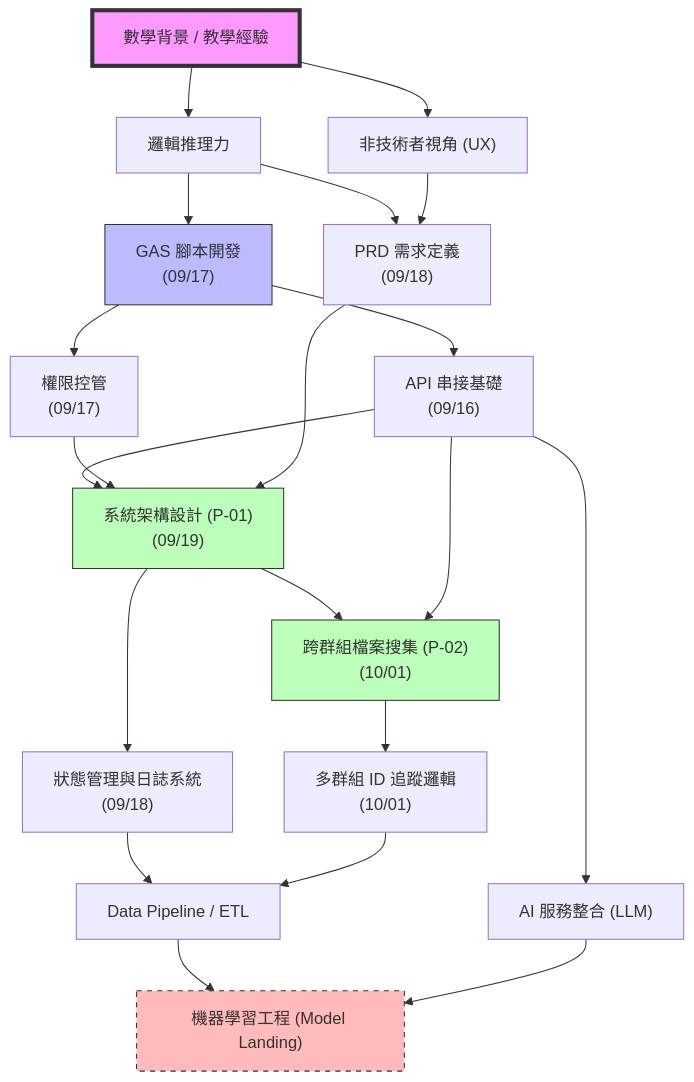
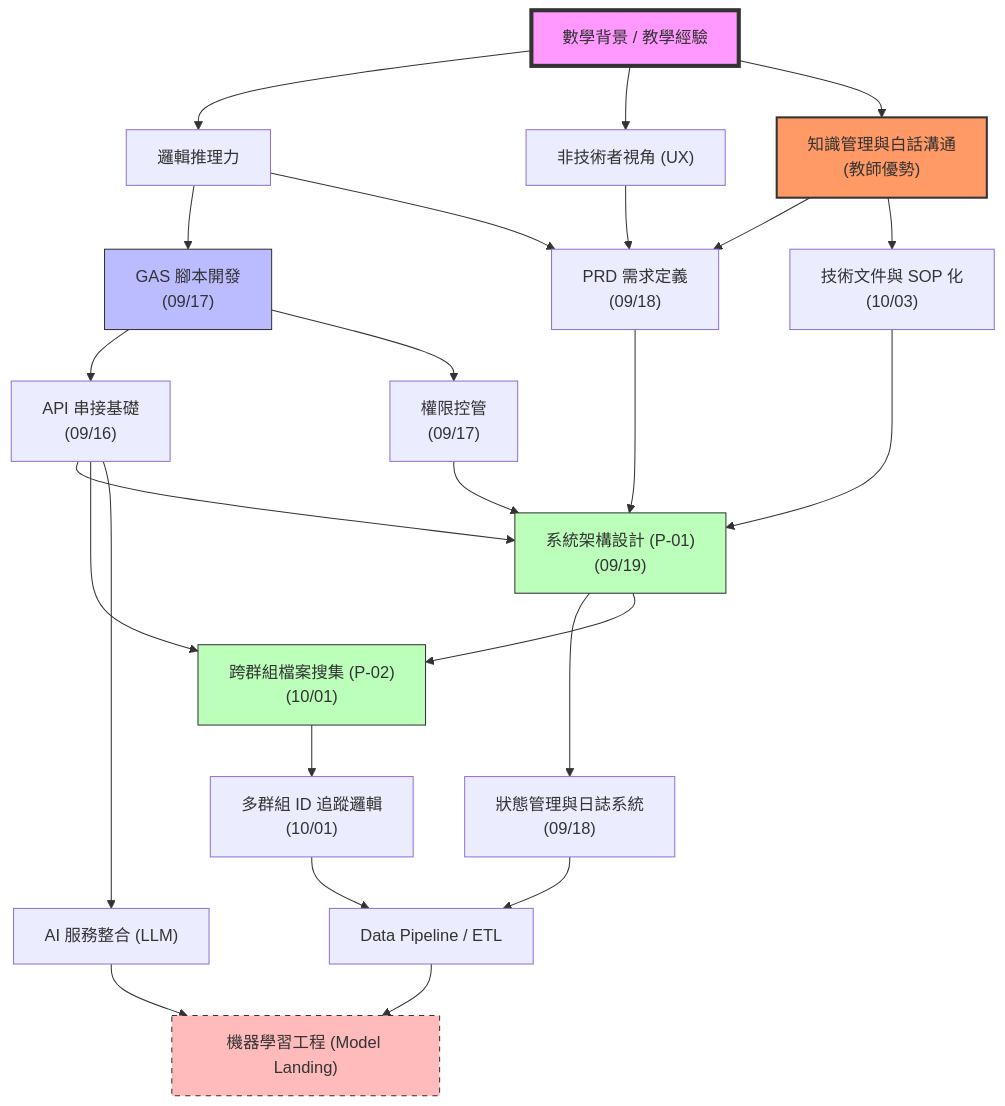
One commit to gurry0927/engineering-thinking-log changed the diagram in career-milestones/PERSONAL-GROWTH-MAP.md. Above: the diagram before and after it, drawn with Mermaid. The commit also changed other lines of this file, not shown here.

Commit message:
feat: integrate 'Knowledge Integration' branch into Personal Growth Map based on teacher-engineer synergy

````diff
--- a/career-milestones/PERSONAL-GROWTH-MAP.md
+++ b/career-milestones/PERSONAL-GROWTH-MAP.md
@@ -7,36 +7,41 @@
 ```mermaid
 graph TD
     %% 核心出發點
     Start["數學背景 / 教學經驗"] --> Logic["邏輯推理力"]
     Start --> UX["非技術者視角 (UX)"]
+    Start --> KM["知識管理與白話溝通<br/>(教師優勢)"]
 
     %% 第一階段：自動化基石 (2025-09)
     Logic --> GAS["GAS 腳本開發<br/>(09/17)"]
     Logic --> PRD["PRD 需求定義<br/>(09/18)"]
     UX --> PRD
+    KM --> PRD
     GAS --> API["API 串接基礎<br/>(09/16)"]
     GAS --> Auth["權限控管<br/>(09/17)"]
+    KM --> Docs["技術文件與 SOP 化<br/>(10/03)"]
     
     %% 第二階段：系統架構
     API --> Arch["系統架構設計 (P-01)<br/>(09/19)"]
     Auth --> Arch
     PRD --> Arch
     Arch --> State["狀態管理與日誌系統<br/>(09/18)"]
     Arch --> P02["跨群組檔案搜集 (P-02)<br/>(10/01)"]
     API --> P02
     P02 --> ID_Tracking["多群組 ID 追蹤邏輯<br/>(10/01)"]
+    Docs --> Arch
 
     %% 第三階段：資料科學與 ML (目標)
     State --> Pipeline["Data Pipeline / ETL"]
     ID_Tracking --> Pipeline
     API --> ML_Service["AI 服務整合 (LLM)"]
     Pipeline --> ML["機器學習工程 (Model Landing)"]
     ML_Service --> ML
 
     %% 樣式設定
     style Start fill:#f9f,stroke:#333,stroke-width:4px
     style GAS fill:#bbf,stroke:#333
     style Arch fill:#bfb,stroke:#333
     style P02 fill:#bfb,stroke:#333
+    style KM fill:#f96,stroke:#333,stroke-width:2px
     style ML fill:#fbb,stroke:#333,stroke-dasharray: 5 5
 ```
````
